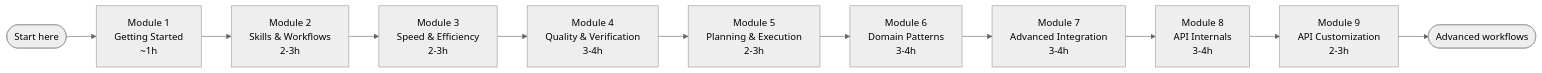
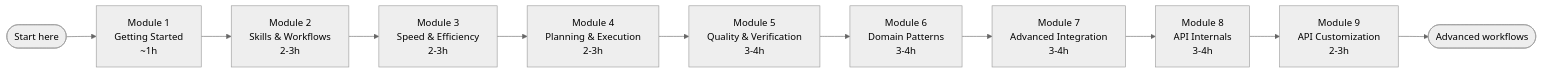
Before and after one commit to lbijeau/codex-training: the first of 2 diagrams in README.md, drawn with Mermaid (neutral theme). The commit also changed other lines of this file and 5 other files, not shown here.

Commit message:
docs: move planning before quality in module sequence

````diff
--- a/README.md
+++ b/README.md
@@ -23,13 +23,13 @@
 ```mermaid
 graph LR
     start([Start here]) --> M1["Module 1\nGetting Started\n~1h"]
     M1 --> M2["Module 2\nSkills & Workflows\n2-3h"]
     M2 --> M3["Module 3\nSpeed & Efficiency\n2-3h"]
-    M3 --> M4["Module 4\nQuality & Verification\n3-4h"]
-    M4 --> M5["Module 5\nPlanning & Execution\n2-3h"]
+    M3 --> M4["Module 4\nPlanning & Execution\n2-3h"]
+    M4 --> M5["Module 5\nQuality & Verification\n3-4h"]
     M5 --> M6["Module 6\nDomain Patterns\n3-4h"]
     M6 --> M7["Module 7\nAdvanced Integration\n3-4h"]
     M7 --> M8["Module 8\nAPI Internals\n3-4h"]
     M8 --> M9["Module 9\nAPI Customization\n2-3h"]
     M9 --> Z([Advanced workflows])
 ```
````
